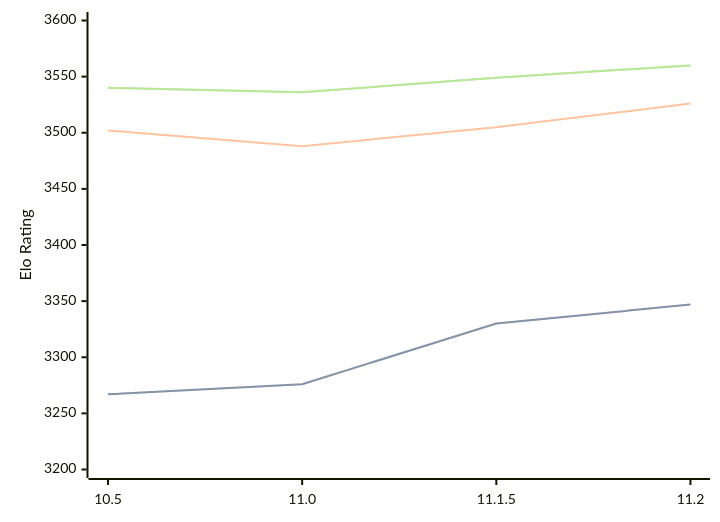
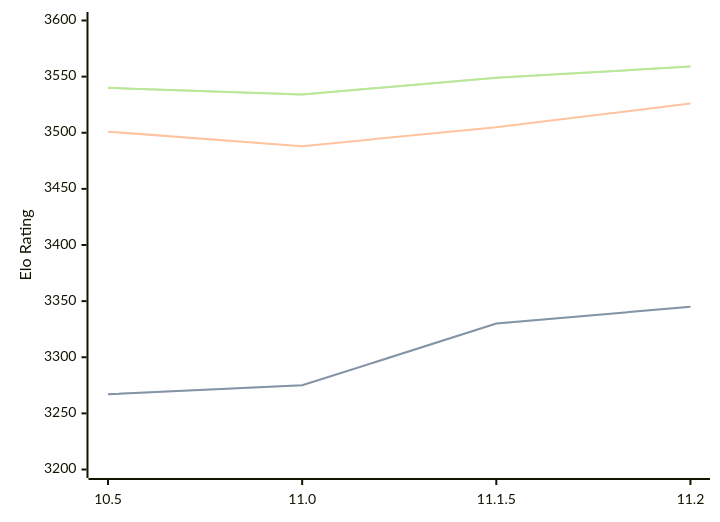
One commit to computer-chess-index/cci changed the diagram in engines/Lizard.md. Above: the diagram before and after it, drawn with Mermaid. The commit also changed other lines of this file, not shown here.

Commit message:
Update CCI Ratings (ELO VLTC) - 2026-02-27

````diff
--- a/engines/Lizard.md
+++ b/engines/Lizard.md
@@ -44,11 +44,11 @@
 ```mermaid
 %%{init: {"theme":"base","themeVariables":{"seriesColors:['#a3a3a3','#222221','#faa371']}}}%%
 xychart-beta
   x-axis ["10.5", "11.0", "11.1.5", "11.2"]
   y-axis "Elo Rating" 3200 --> 3600
-  line "STC (8.0+0.08s)" [3267, 3276, 3330, 3347]
-  line "STC (8.0+0.08s)" [3267, 3276, 3330, 3347]
-  line "LTC (60.0+0.60s)" [3502, 3488, 3505, 3526]
-  line "VLTC (2m24s+1.12s)" [3540, 3536, 3549, 3560]
-  line "VLTC (2m24s+1.12s)" [3540, 3536, 3549, 3560]
+  line "STC (8.0+0.08s)" [3267, 3275, 3330, 3345]
+  line "STC (8.0+0.08s)" [3267, 3275, 3330, 3345]
+  line "LTC (60.0+0.60s)" [3501, 3488, 3505, 3526]
+  line "VLTC (2m24s+1.12s)" [3540, 3534, 3549, 3559]
+  line "VLTC (2m24s+1.12s)" [3540, 3534, 3549, 3559]
 ```
````
